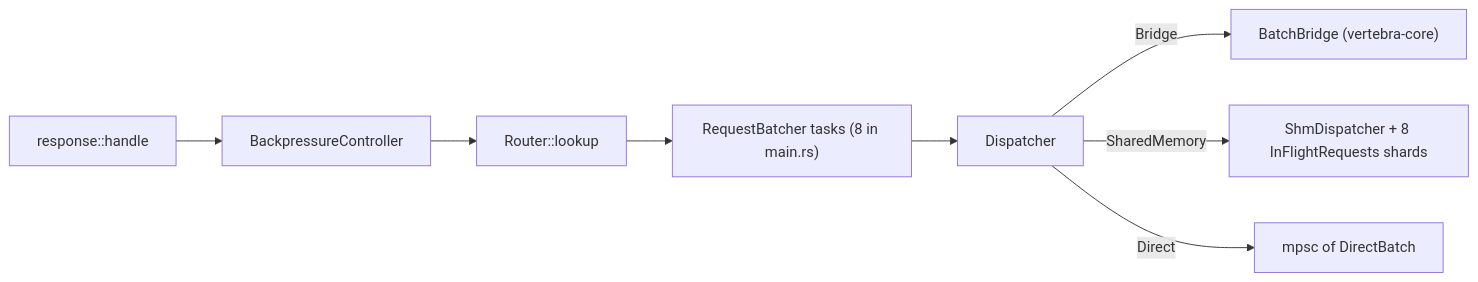
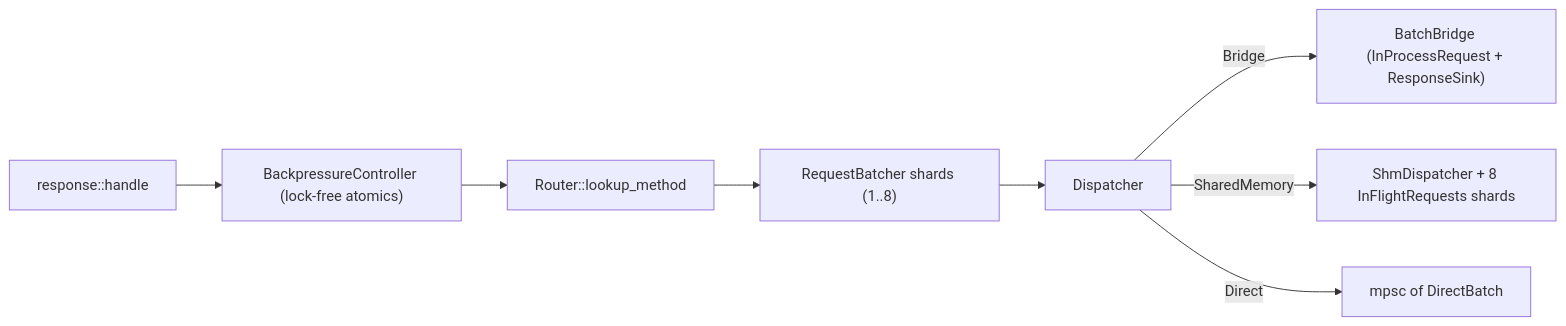
The diagram in .agents/bundles/knowledge/architecture/http/batching-dispatch-and-backpressure.md (cofin/vertebra), drawn with Mermaid before and after one commit. The commit also changed other lines of this file and 159 other files, not shown here.

````diff
--- a/.agents/bundles/knowledge/architecture/http/batching-dispatch-and-backpressure.md
+++ b/.agents/bundles/knowledge/architecture/http/batching-dispatch-and-backpressure.md
@@ -25,10 +25,10 @@
 ```mermaid
 flowchart LR
-    Handle["response::handle"] --> BP["BackpressureController"]
-    BP --> Router["Router::lookup"]
-    Router --> Batcher["RequestBatcher tasks (8 in main.rs)"]
+    Handle["response::handle"] --> BP["BackpressureController (lock-free atomics)"]
+    BP --> Router["Router::lookup_method"]
+    Router --> Batcher["RequestBatcher shards (1..8)"]
     Batcher --> Disp["Dispatcher"]
-    Disp -->|Bridge| Bridge["BatchBridge (vertebra-core)"]
+    Disp -->|Bridge| Bridge["BatchBridge (InProcessRequest + ResponseSink)"]
     Disp -->|SharedMemory| Shm["ShmDispatcher + 8 InFlightRequests shards"]
     Disp -->|Direct| Direct["mpsc of DirectBatch"]
 ```
````
